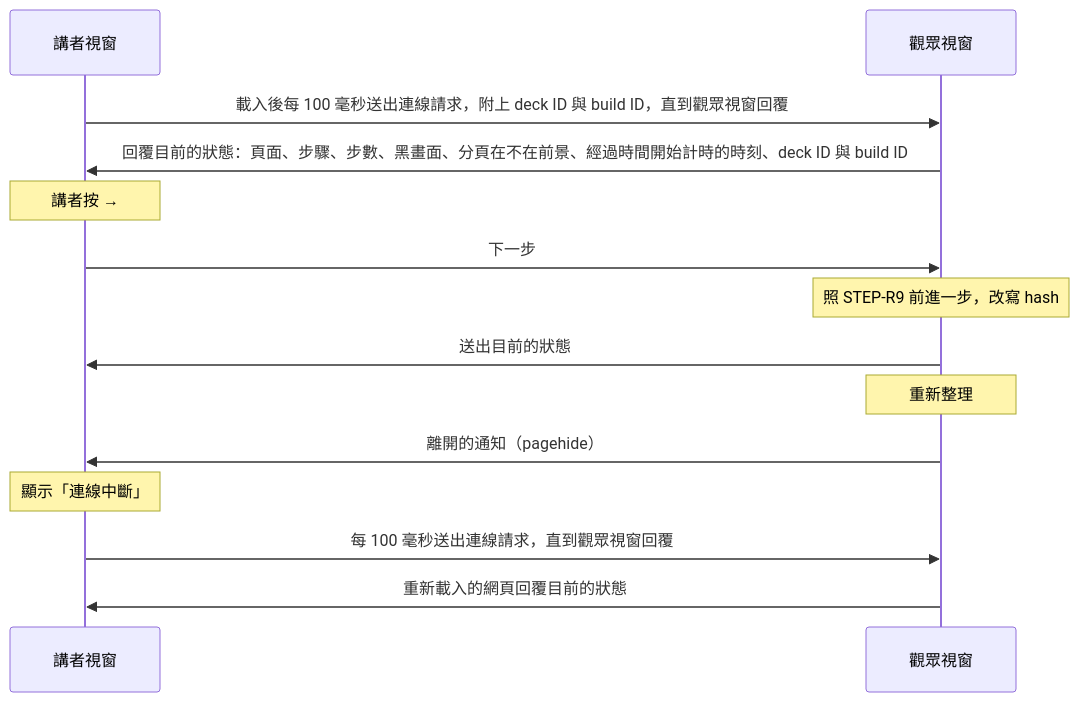
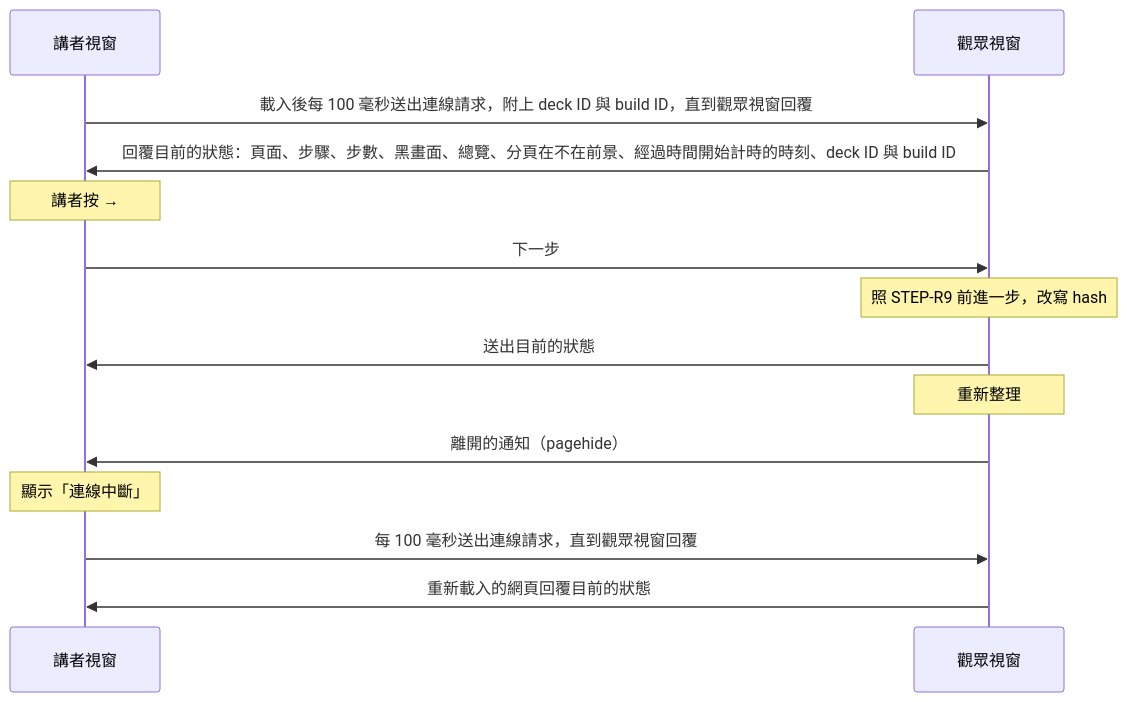
The second of 6 diagrams in docs/specs/architecture.md (bingyangchen/diapo), drawn with Mermaid before and after one commit. The commit also changed other lines of this file and 103 other files, not shown here.

````diff
--- a/docs/specs/architecture.md
+++ b/docs/specs/architecture.md
@@ -157,16 +160,16 @@
 ```mermaid
 sequenceDiagram
   participant presenter as 講者視窗
   participant audience as 觀眾視窗
   presenter->>audience: 載入後每 100 毫秒送出連線請求，附上 deck ID 與 build ID，直到觀眾視窗回覆
-  audience->>presenter: 回覆目前的狀態：頁面、步驟、步數、黑畫面、分頁在不在前景、經過時間開始計時的時刻、deck ID 與 build ID
+  audience->>presenter: 回覆目前的狀態：頁面、步驟、步數、黑畫面、總覽、分頁在不在前景、經過時間開始計時的時刻、deck ID 與 build ID
   Note over presenter: 講者按 →
   presenter->>audience: 下一步
   Note over audience: 照 STEP-R9 前進一步，改寫 hash
   audience->>presenter: 送出目前的狀態
   Note over audience: 重新整理
   audience->>presenter: 離開的通知（pagehide）
   Note over presenter: 顯示「連線中斷」
   presenter->>audience: 每 100 毫秒送出連線請求，直到觀眾視窗回覆
   audience->>presenter: 重新載入的網頁回覆目前的狀態
 ```
````
